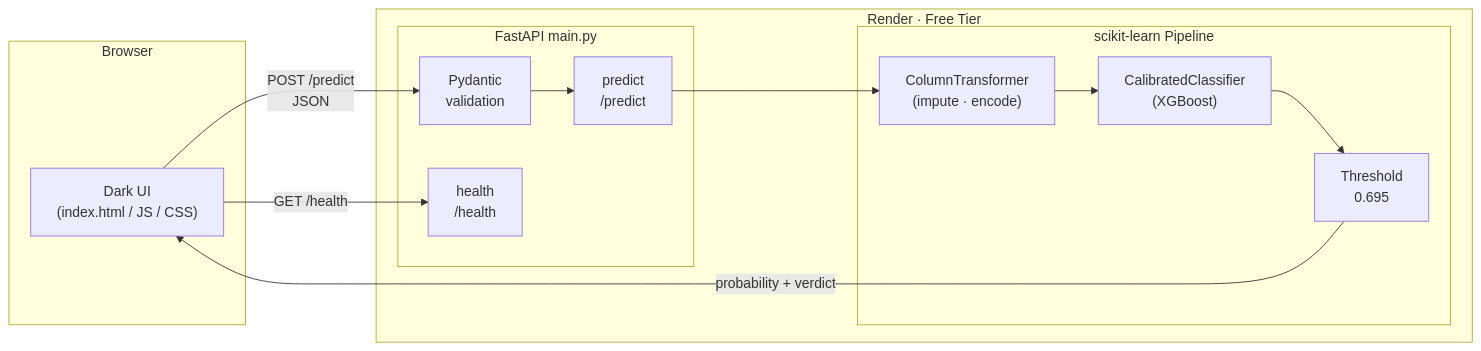
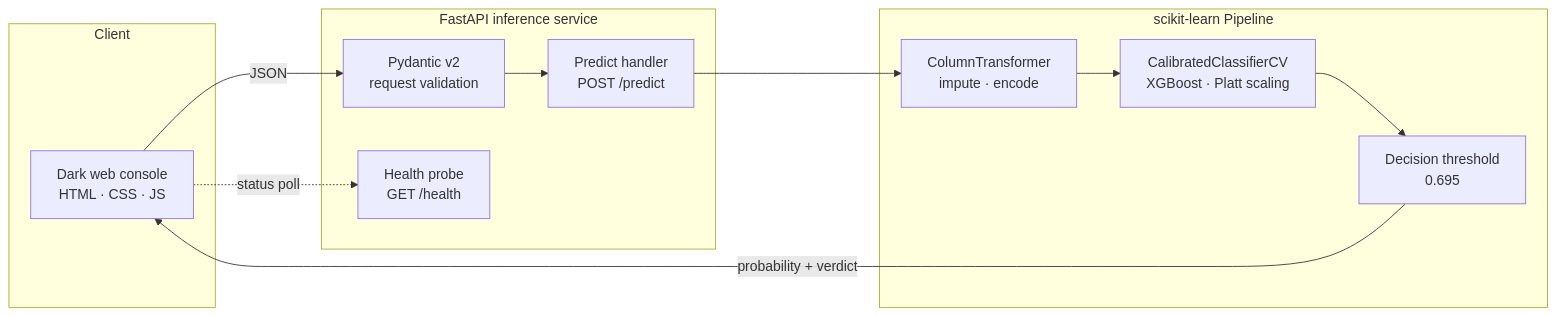
Before and after one commit to AbhishekGrover1/credit_ledger: the first of 2 diagrams in README.md, drawn with Mermaid. The commit also changed other lines of this file, not shown here.

````diff
--- a/README.md
+++ b/README.md
@@ -18,22 +78,22 @@
 ```mermaid
 flowchart LR
-    subgraph Browser
-        UI["Dark UI\n(index.html / JS / CSS)"]
+    subgraph Client["Client"]
+        UI["Dark web console<br/>HTML · CSS · JS"]
     end
-    subgraph Render ["Render · Free Tier"]
-        subgraph FastAPI ["FastAPI  main.py"]
-            V["Pydantic\nvalidation"]
-            P["predict\n/predict"]
-            H["health\n/health"]
-        end
-        subgraph Pipeline ["scikit-learn Pipeline"]
-            Pre["ColumnTransformer\n(impute · encode)"]
-            XGB["CalibratedClassifier\n(XGBoost)"]
-            THR["Threshold\n0.695"]
-        end
+
+    subgraph Service["FastAPI inference service"]
+        V["Pydantic v2<br/>request validation"]
+        P["Predict handler<br/>POST /predict"]
+        H["Health probe<br/>GET /health"]
     end
-    UI -- "POST /predict\nJSON" --> V
-    V --> P --> Pre --> XGB --> THR
+
+    subgraph Pipeline["scikit-learn Pipeline"]
+        Pre["ColumnTransformer<br/>impute · encode"]
+        XGB["CalibratedClassifierCV<br/>XGBoost · Platt scaling"]
+        THR["Decision threshold<br/>0.695"]
+    end
+
+    UI -- "JSON" --> V --> P --> Pre --> XGB --> THR
     THR -- "probability + verdict" --> UI
-    UI -- "GET /health" --> H
+    UI -. "status poll" .-> H
 ```
````
